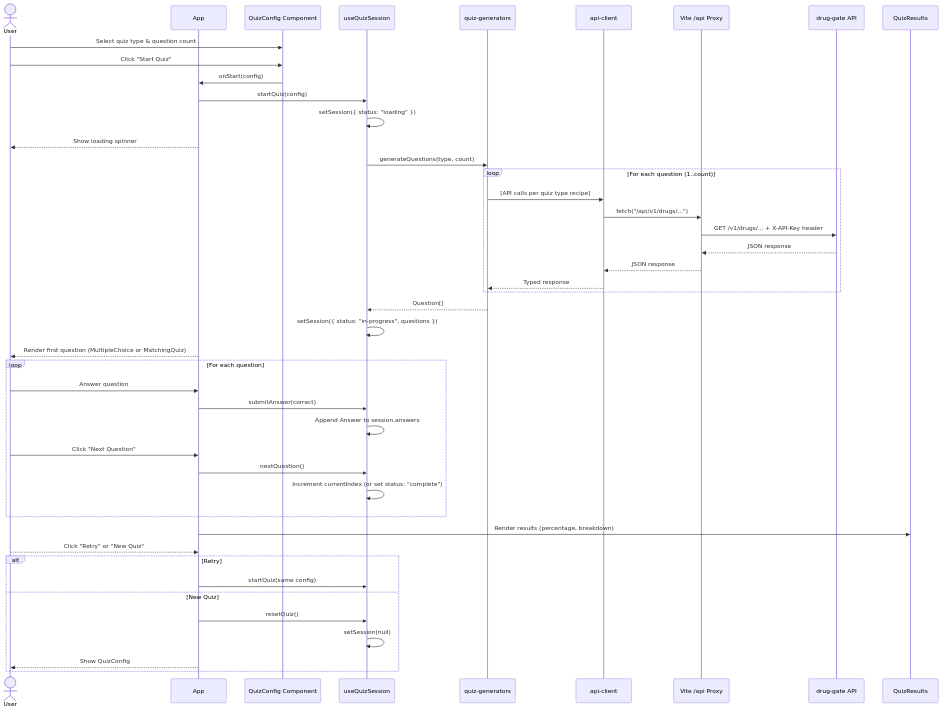
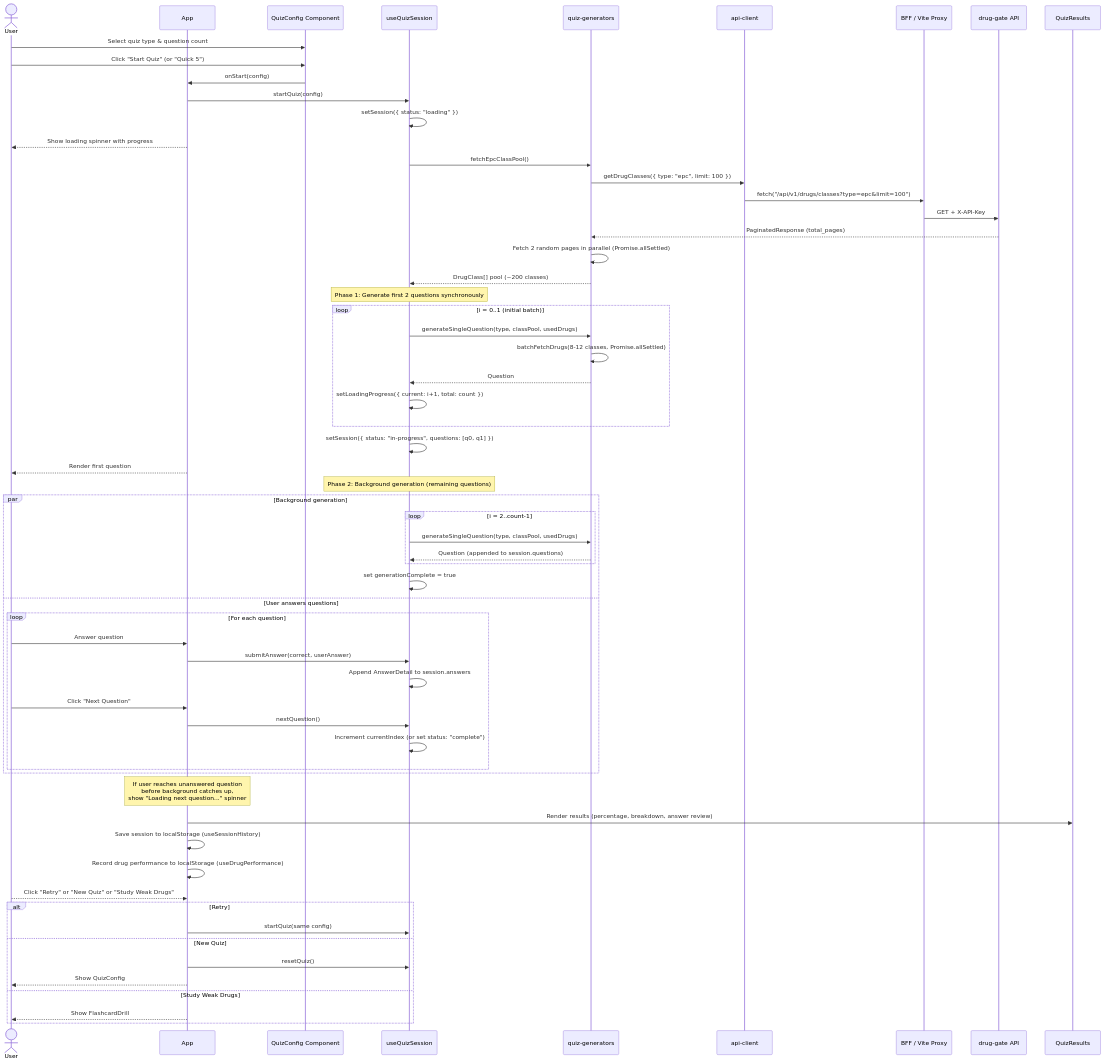
One commit to finish06/drugs-quiz changed the second of 13 diagrams in docs/sequence-diagram.md. Above: the diagram before and after it, drawn with Mermaid. The commit also changed other lines of this file and 1 other file, not shown here.

First line of the commit message:
docs: update CLAUDE.md and sequence diagrams for M3/M4

````diff
--- a/docs/sequence-diagram.md
+++ b/docs/sequence-diagram.md
@@ -9,51 +35,71 @@
 ```mermaid
 sequenceDiagram
     actor User
     participant App
     participant QuizConfig as QuizConfig Component
     participant Hook as useQuizSession
     participant Gen as quiz-generators
     participant API as api-client
-    participant Proxy as Vite /api Proxy
+    participant BFF as BFF / Vite Proxy
     participant DrugGate as drug-gate API
 
     User->>QuizConfig: Select quiz type & question count
-    User->>QuizConfig: Click "Start Quiz"
+    User->>QuizConfig: Click "Start Quiz" (or "Quick 5")
     QuizConfig->>App: onStart(config)
     App->>Hook: startQuiz(config)
     Hook->>Hook: setSession({ status: "loading" })
-    App-->>User: Show loading spinner
+    App-->>User: Show loading spinner with progress
 
-    Hook->>Gen: generateQuestions(type, count)
-    loop For each question (1..count)
-        Gen->>API: [API calls per quiz type recipe]
-        API->>Proxy: fetch("/api/v1/drugs/...")
-        Proxy->>DrugGate: GET /v1/drugs/... + X-API-Key header
-        DrugGate-->>Proxy: JSON response
-        Proxy-->>API: JSON response
-        API-->>Gen: Typed response
-    end
-    Gen-->>Hook: Question[]
+    Hook->>Gen: fetchEpcClassPool()
+    Gen->>API: getDrugClasses({ type: "epc", limit: 100 })
+    API->>BFF: fetch("/api/v1/drugs/classes?type=epc&limit=100")
+    BFF->>DrugGate: GET + X-API-Key
+    DrugGate-->>Gen: PaginatedResponse (total_pages)
+    Gen->>Gen: Fetch 2 random pages in parallel (Promise.allSettled)
+    Gen-->>Hook: DrugClass[] pool (~200 classes)
 
-    Hook->>Hook: setSession({ status: "in-progress", questions })
-    App-->>User: Render first question (MultipleChoice or MatchingQuiz)
-
-    loop For each question
-        User->>App: Answer question
-        App->>Hook: submitAnswer(correct)
-        Hook->>Hook: Append Answer to session.answers
-        User->>App: Click "Next Question"
-        App->>Hook: nextQuestion()
-        Hook->>Hook: Increment currentIndex (or set status: "complete")
+    Note over Hook: Phase 1: Generate first 2 questions synchronously
+    loop i = 0..1 (initial batch)
+        Hook->>Gen: generateSingleQuestion(type, classPool, usedDrugs)
+        Gen->>Gen: batchFetchDrugs(8-12 classes, Promise.allSettled)
+        Gen-->>Hook: Question
+        Hook->>Hook: setLoadingProgress({ current: i+1, total: count })
     end
 
-    App->>QuizResults: Render results (percentage, breakdown)
-    User-->>App: Click "Retry" or "New Quiz"
+    Hook->>Hook: setSession({ status: "in-progress", questions: [q0, q1] })
+    App-->>User: Render first question
+
+    Note over Hook: Phase 2: Background generation (remaining questions)
+    par Background generation
+        loop i = 2..count-1
+            Hook->>Gen: generateSingleQuestion(type, classPool, usedDrugs)
+            Gen-->>Hook: Question (appended to session.questions)
+        end
+        Hook->>Hook: set generationComplete = true
+    and User answers questions
+        loop For each question
+            User->>App: Answer question
+            App->>Hook: submitAnswer(correct, userAnswer)
+            Hook->>Hook: Append AnswerDetail to session.answers
+            User->>App: Click "Next Question"
+            App->>Hook: nextQuestion()
+            Hook->>Hook: Increment currentIndex (or set status: "complete")
+        end
+    end
+
+    Note over App: If user reaches unanswered question<br/>before background catches up,<br/>show "Loading next question..." spinner
+
+    App->>QuizResults: Render results (percentage, breakdown, answer review)
+    App->>App: Save session to localStorage (useSessionHistory)
+    App->>App: Record drug performance to localStorage (useDrugPerformance)
+
+    User-->>App: Click "Retry" or "New Quiz" or "Study Weak Drugs"
     alt Retry
         App->>Hook: startQuiz(same config)
     else New Quiz
         App->>Hook: resetQuiz()
-        Hook->>Hook: setSession(null)
         App-->>User: Show QuizConfig
+    else Study Weak Drugs
+        App-->>User: Show FlashcardDrill
     end
 ```
````
